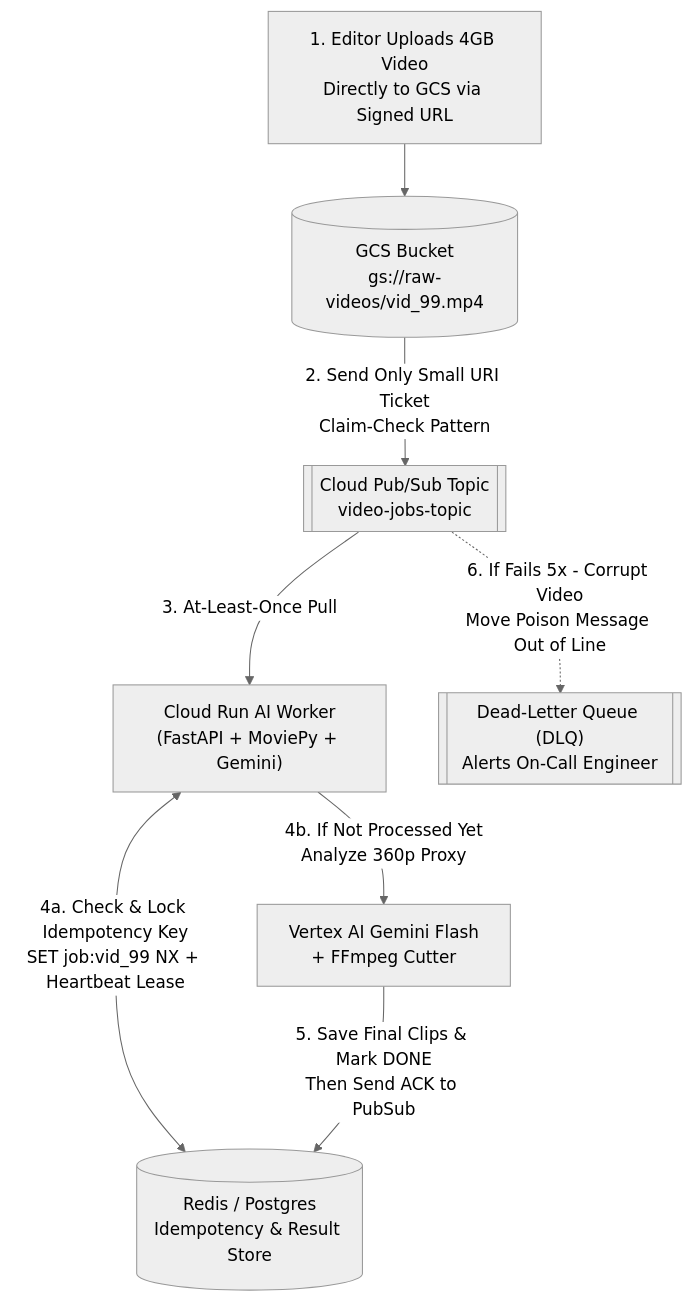
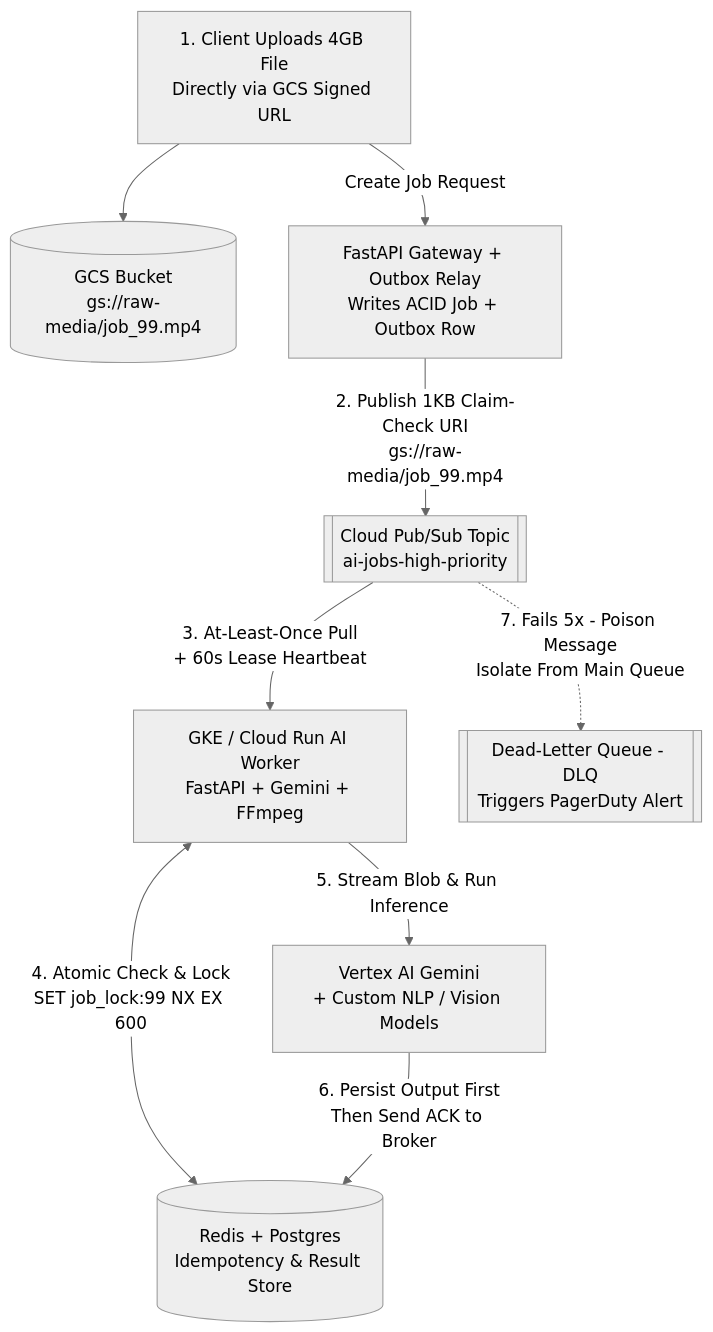
The diagram in src/content/fundamentals/fund-04.md (lakshyasoni97/ai-system-design), drawn with Mermaid (neutral theme) before and after one commit. The commit also changed other lines of this file and 3 other files, not shown here.

````diff
--- a/src/content/fundamentals/fund-04.md
+++ b/src/content/fundamentals/fund-04.md
@@ -75,12 +76,13 @@
 ```mermaid
 flowchart TD
-    Editor["1. Editor Uploads 4GB Video\nDirectly to GCS via Signed URL"] --> GCS[("GCS Bucket\ngs://raw-videos/vid_99.mp4")]
-    GCS -->|2. Send Only Small URI Ticket\nClaim-Check Pattern| PubSub[["Cloud Pub/Sub Topic\nvideo-jobs-topic"]]
+    Client["1. Client Uploads 4GB File\nDirectly via GCS Signed URL"] --> GCS[("GCS Bucket\ngs://raw-media/job_99.mp4")]
+    Client -->|Create Job Request| API["FastAPI Gateway + Outbox Relay\nWrites ACID Job + Outbox Row"]
+    API -->|2. Publish 1KB Claim-Check URI\ngs://raw-media/job_99.mp4| PubSub[["Cloud Pub/Sub Topic\nai-jobs-high-priority"]]
 
-    PubSub -->|3. At-Least-Once Pull| Worker["Cloud Run AI Worker\n(FastAPI + MoviePy + Gemini)"]
-    Worker <-->|4a. Check & Lock Idempotency Key\nSET job:vid_99 NX + Heartbeat Lease| Redis[("Redis / Postgres\nIdempotency & Result Store")]
-    Worker -->|4b. If Not Processed Yet\nAnalyze 360p Proxy| Gemini["Vertex AI Gemini Flash\n+ FFmpeg Cutter"]
-    Gemini -->|5. Save Final Clips & Mark DONE\nThen Send ACK to PubSub| Redis
+    PubSub -->|3. At-Least-Once Pull\n+ 60s Lease Heartbeat| Worker["GKE / Cloud Run AI Worker\nFastAPI + Gemini + FFmpeg"]
+    Worker <-->|4. Atomic Check & Lock\nSET job_lock:99 NX EX 600| Redis[("Redis + Postgres\nIdempotency & Result Store")]
+    Worker -->|5. Stream Blob & Run Inference| Gemini["Vertex AI Gemini\n+ Custom NLP / Vision Models"]
+    Gemini -->|6. Persist Output First\nThen Send ACK to Broker| Redis
 
-    PubSub -.->|6. If Fails 5x - Corrupt Video\nMove Poison Message Out of Line| DLQ[["Dead-Letter Queue (DLQ)\nAlerts On-Call Engineer"]]
+    PubSub -.->|7. Fails 5x - Poison Message\nIsolate From Main Queue| DLQ[["Dead-Letter Queue - DLQ\nTriggers PagerDuty Alert"]]
 ```
````
